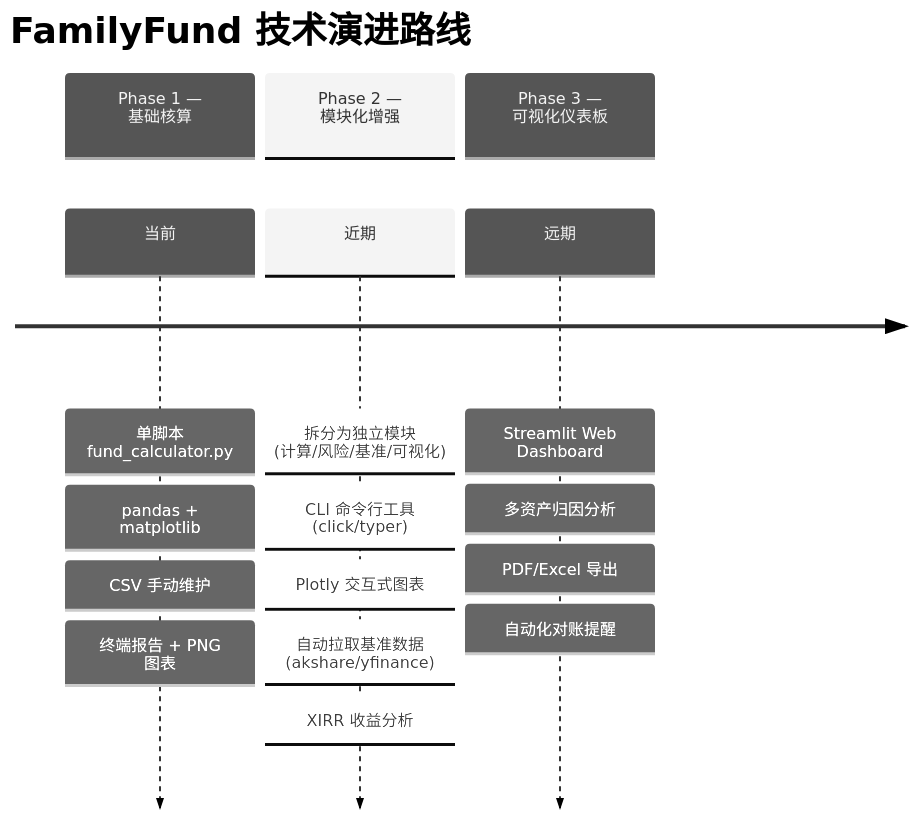
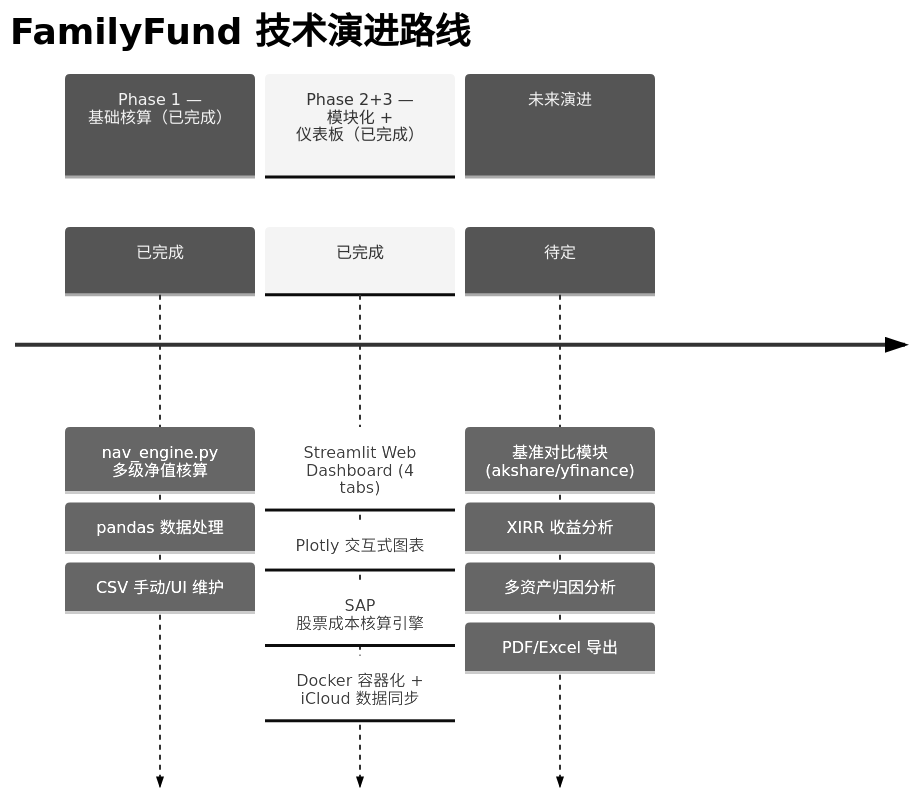
Diagram 16 of 16 in ARCHITECTURE_shared.md (Haolun123/FamilyFund), drawn with Mermaid (neutral theme) before and after one commit. The commit also changed other lines of this file, not shown here.

First line of the commit message:
Update architecture docs: remove terminal workflow, reflect dashboard-only usage

````diff
--- a/ARCHITECTURE_shared.md
+++ b/ARCHITECTURE_shared.md
@@ -987,20 +972,18 @@
 ```mermaid
 timeline
     title FamilyFund 技术演进路线
-    section Phase 1 — 基础核算
-        当前 : 单脚本 fund_calculator.py
-             : pandas + matplotlib
-             : CSV 手动维护
-             : 终端报告 + PNG 图表
-    section Phase 2 — 模块化增强
-        近期 : 拆分为独立模块 (计算/风险/基准/可视化)
-             : CLI 命令行工具 (click/typer)
+    section Phase 1 — 基础核算（已完成）
+        已完成 : nav_engine.py 多级净值核算
+             : pandas 数据处理
+             : CSV 手动/UI 维护
+    section Phase 2+3 — 模块化 + 仪表板（已完成）
+        已完成 : Streamlit Web Dashboard (4 tabs)
              : Plotly 交互式图表
-             : 自动拉取基准数据 (akshare/yfinance)
+             : SAP 股票成本核算引擎
+             : Docker 容器化 + iCloud 数据同步
+    section 未来演进
+        待定 : 基准对比模块 (akshare/yfinance)
              : XIRR 收益分析
-    section Phase 3 — 可视化仪表板
-        远期 : Streamlit Web Dashboard
              : 多资产归因分析
              : PDF/Excel 导出
-             : 自动化对账提醒
 ```
````
